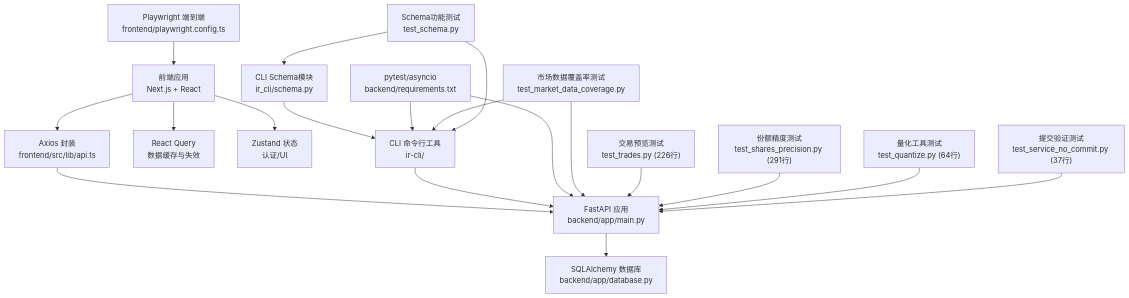
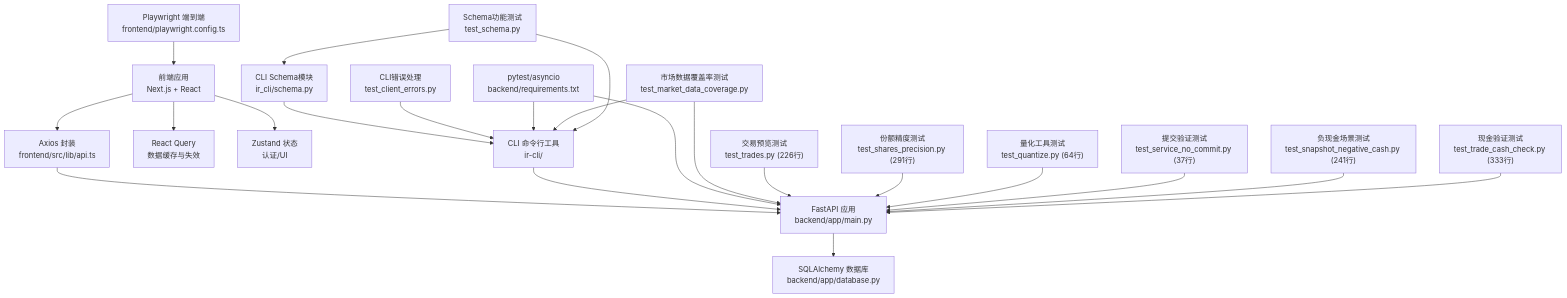
One commit to gujialind/InvestRing changed the second of 22 diagrams in .qoder/repowiki/zh/content/开发指南/测试策略/测试策略.md. Above: the diagram before and after it, drawn with Mermaid. The commit also changed other lines of this file and 15 other files, not shown here.

````diff
--- a/.qoder/repowiki/zh/content/开发指南/测试策略/测试策略.md
+++ b/.qoder/repowiki/zh/content/开发指南/测试策略/测试策略.md
@@ -190,37 +206,43 @@
 ```mermaid
 graph TB
 FE["前端应用<br/>Next.js + React"]
 AX["Axios 封装<br/>frontend/src/lib/api.ts"]
 RQ["React Query<br/>数据缓存与失效"]
 ZU["Zustand 状态<br/>认证/UI"]
 CLI["CLI 命令行工具<br/>ir-cli/"]
 SCHEMA["CLI Schema模块<br/>ir_cli/schema.py"]
+ERR_HAND["CLI错误处理<br/>test_client_errors.py"]
 BK["FastAPI 应用<br/>backend/app/main.py"]
 DB["SQLAlchemy 数据库<br/>backend/app/database.py"]
 PY["pytest/asyncio<br/>backend/requirements.txt"]
 PW["Playwright 端到端<br/>frontend/playwright.config.ts"]
 MDC["市场数据覆盖率测试<br/>test_market_data_coverage.py"]
 T_SCHEMA["Schema功能测试<br/>test_schema.py"]
 T_TRADES["交易预览测试<br/>test_trades.py (226行)"]
 T_PRECISION["份额精度测试<br/>test_shares_precision.py (291行)"]
 T_QUANTIZE["量化工具测试<br/>test_quantize.py (64行)"]
 T_NOCOMMIT["提交验证测试<br/>test_service_no_commit.py (37行)"]
+T_NEG_CASH["负现金场景测试<br/>test_snapshot_negative_cash.py (241行)"]
+T_CASH_CHECK["现金验证测试<br/>test_trade_cash_check.py (333行)"]
 FE --> AX
 AX --> BK
 FE --> RQ
 FE --> ZU
 CLI --> BK
 SCHEMA --> CLI
+ERR_HAND --> CLI
 BK --> DB
 PY --> BK
 PY --> CLI
 PW --> FE
 MDC --> BK
 MDC --> CLI
 T_SCHEMA --> SCHEMA
 T_SCHEMA --> CLI
 T_TRADES --> BK
 T_PRECISION --> BK
 T_QUANTIZE --> BK
 T_NOCOMMIT --> BK
+T_NEG_CASH --> BK
+T_CASH_CHECK --> BK
 ```
````
